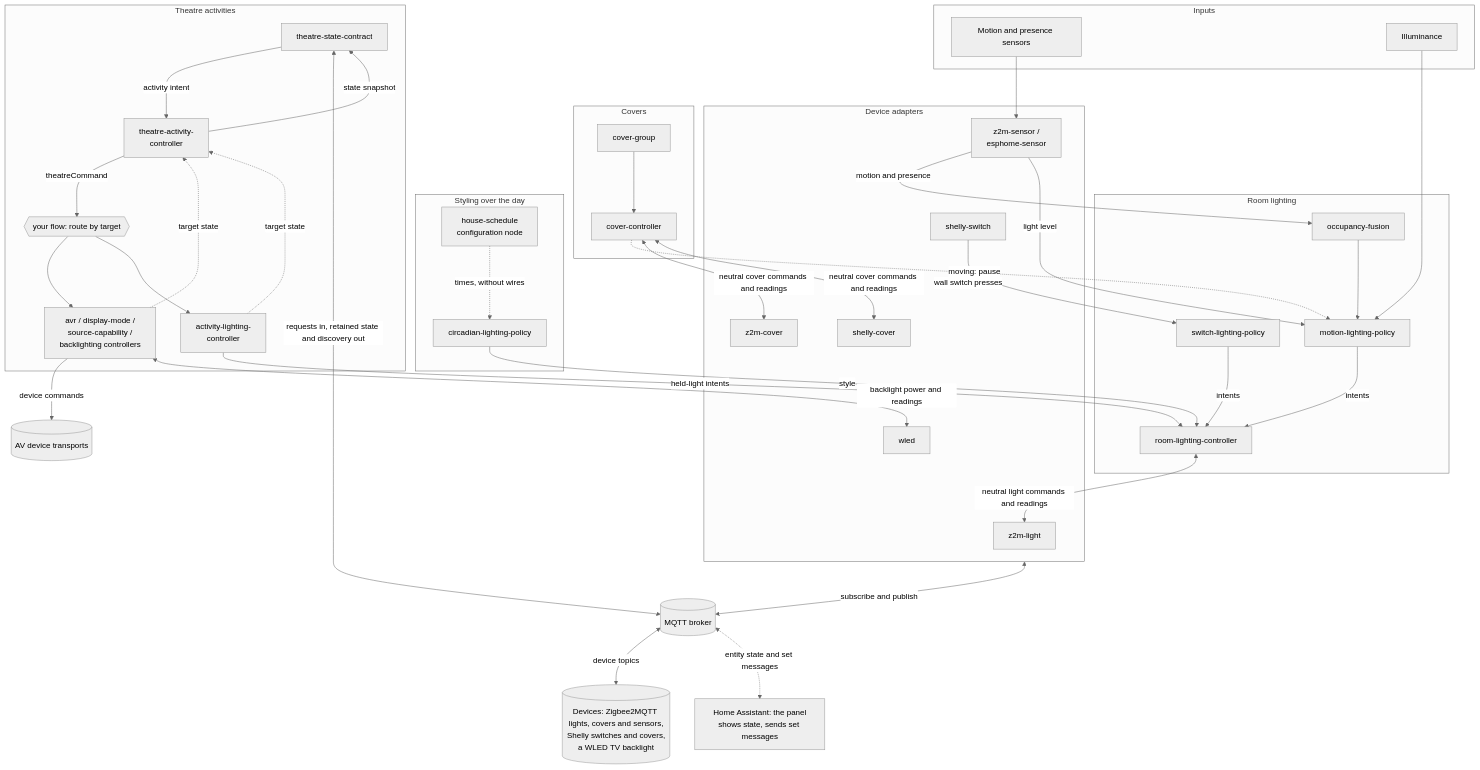
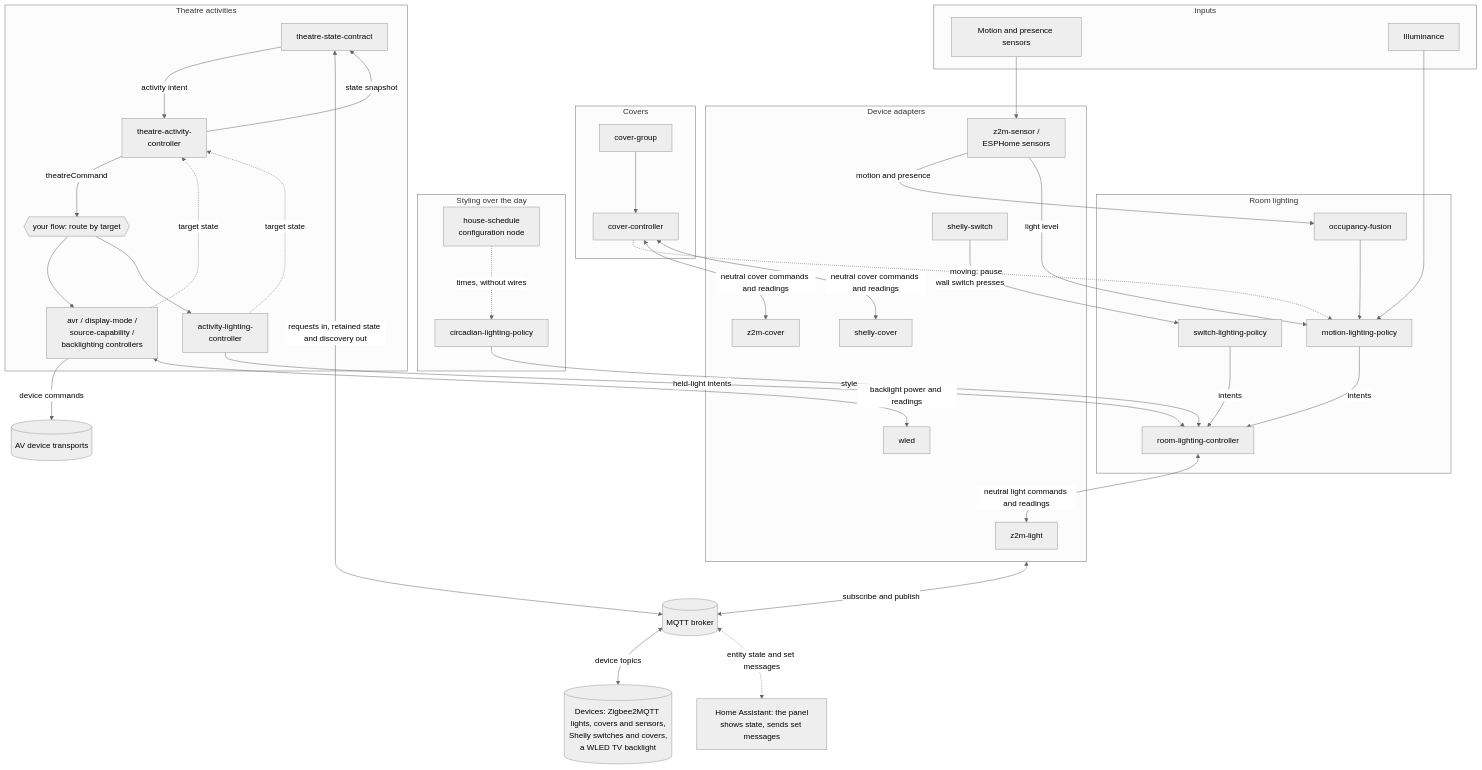
Before and after one commit to cptbucky/node-red-home-automation: the diagram in docs/images/architecture.mmd, drawn with Mermaid (neutral theme). The commit also changed 59 other files, not shown here.

```diff
--- a/docs/images/architecture.mmd
+++ b/docs/images/architecture.mmd
@@ -1,71 +1,71 @@
 flowchart TB
   subgraph In[Inputs]
     SENS[Motion and presence sensors]
     LUX[Illuminance]
   end
   subgraph Style[Styling over the day]
     HS[house-schedule<br/>configuration node]
     CIRC[circadian-lighting-policy]
   end
   subgraph Room[Room lighting]
     OCC[occupancy-fusion]
     MOT[motion-lighting-policy]
     SW[switch-lighting-policy]
     ROOM[room-lighting-controller]
   end
   subgraph Cov[Covers]
     GRP[cover-group]
     COV[cover-controller]
   end
   subgraph Act[Theatre activities]
     CON[theatre-state-contract]
     ACT["theatre-activity-<br/>controller"]
     ROUTE{{your flow: route by target}}
     AL["activity-lighting-<br/>controller"]
     EQ[avr / display-mode /<br/>source-capability /<br/>backlighting controllers]
   end
   subgraph Adapt[Device adapters]
     ZL[z2m-light]
     SS[shelly-switch]
     ZC[z2m-cover]
     SC[shelly-cover]
     WL[wled]
-    ZS[z2m-sensor /<br/>esphome-sensor]
+    ZS[z2m-sensor /<br/>ESPHome sensors]
   end
   BROKER[(MQTT broker)]
   HA[Home Assistant: the panel<br/>shows state, sends set messages]
   DEV[(Devices: Zigbee2MQTT lights, covers and sensors,<br/>Shelly switches and covers,<br/>a WLED TV backlight)]
   AV[(AV device transports)]
 
   SENS --> ZS
   ZS -- motion and presence --> OCC
   OCC --> MOT
   ZS -- light level --> MOT
   LUX --> MOT
   HS -. times, without wires .-> CIRC
   CIRC -- style --> ROOM
   MOT -- intents --> ROOM
   SW -- intents --> ROOM
   GRP --> COV
   COV -. moving: pause .-> MOT
 
   ROOM <-- neutral light commands and readings --> ZL
   COV <-- neutral cover commands and readings --> ZC
   COV <-- neutral cover commands and readings --> SC
   SS -- wall switch presses --> SW
 
   CON -- activity intent --> ACT
   ACT -- state snapshot --> CON
   ACT -- theatreCommand --> ROUTE
   ROUTE --> EQ
   ROUTE --> AL
   EQ -. target state .-> ACT
   AL -. target state .-> ACT
   AL -- held-light intents --> ROOM
   EQ -- device commands --> AV
   EQ <-- backlight power and readings --> WL
 
   Adapt <-- subscribe and publish --> BROKER
   CON <-- requests in, retained state and discovery out --> BROKER
   BROKER <-- device topics --> DEV
   BROKER <-. entity state and set messages .-> HA
```
